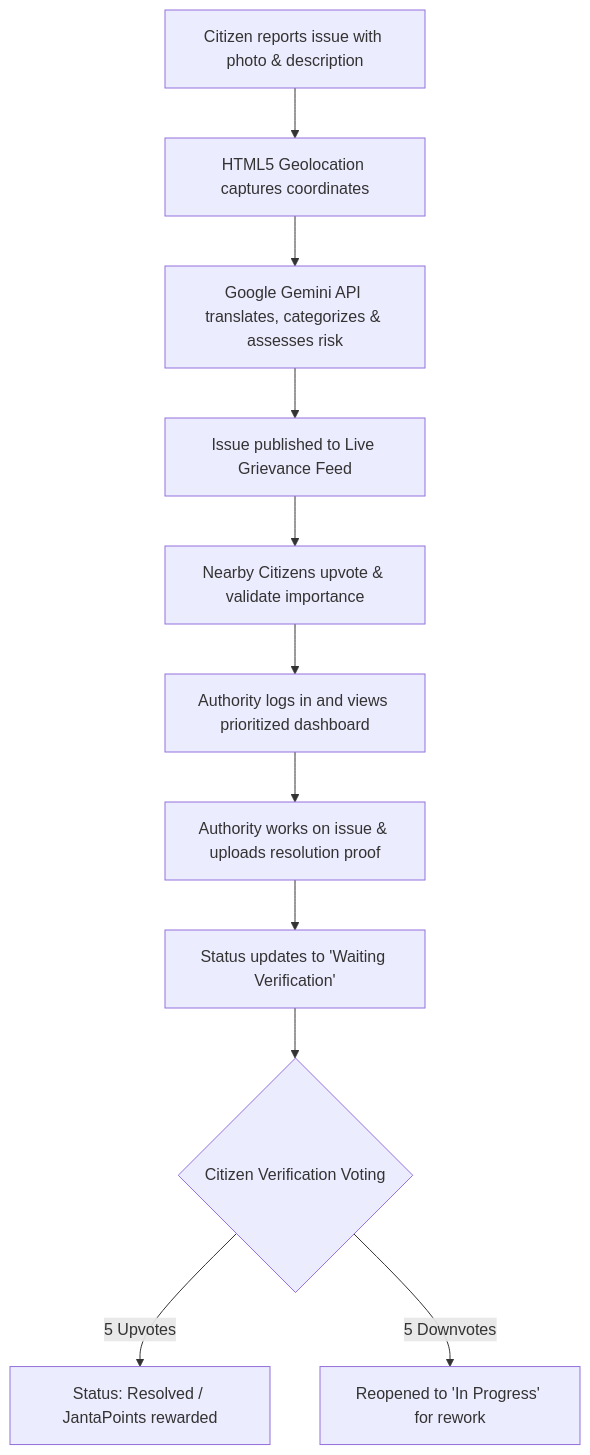
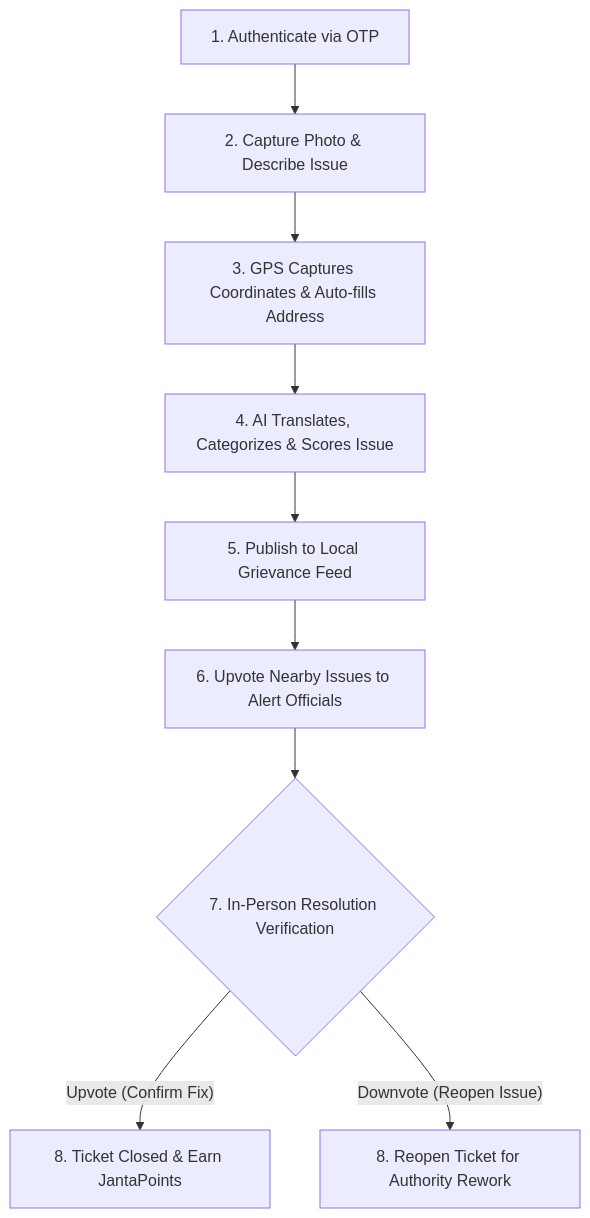
One commit to Kresha2210/Rock-Paper-Scissor-Game changed the first of 2 diagrams in project.md. Above: the diagram before and after it, drawn with Mermaid. The commit also changed other lines of this file, not shown here.

````diff
--- a/project.md
+++ b/project.md
@@ -16,13 +25,11 @@
 ```mermaid
 graph TD
-    A[Citizen reports issue with photo & description] --> B[HTML5 Geolocation captures coordinates]
-    B --> C[Google Gemini API translates, categorizes & assesses risk]
-    C --> D[Issue published to Live Grievance Feed]
-    D --> E[Nearby Citizens upvote & validate importance]
-    E --> F[Authority logs in and views prioritized dashboard]
-    F --> G[Authority works on issue & uploads resolution proof]
-    G --> H[Status updates to 'Waiting Verification']
-    H --> I{Citizen Verification Voting}
-    I -- 5 Upvotes --> J[Status: Resolved / JantaPoints rewarded]
-    I -- 5 Downvotes --> K[Reopened to 'In Progress' for rework]
+    C1[1. Authenticate via OTP] --> C2[2. Capture Photo & Describe Issue]
+    C2 --> C3["3. GPS Captures Coordinates & Auto-fills Address"]
+    C3 --> C4[4. AI Translates, Categorizes & Scores Issue]
+    C4 --> C5[5. Publish to Local Grievance Feed]
+    C5 --> C6[6. Upvote Nearby Issues to Alert Officials]
+    C6 --> C7{"7. In-Person Resolution Verification"}
+    C7 -- "Upvote (Confirm Fix)" --> C8[8. Ticket Closed & Earn JantaPoints]
+    C7 -- "Downvote (Reopen Issue)" --> C9[8. Reopen Ticket for Authority Rework]
 ```
````
